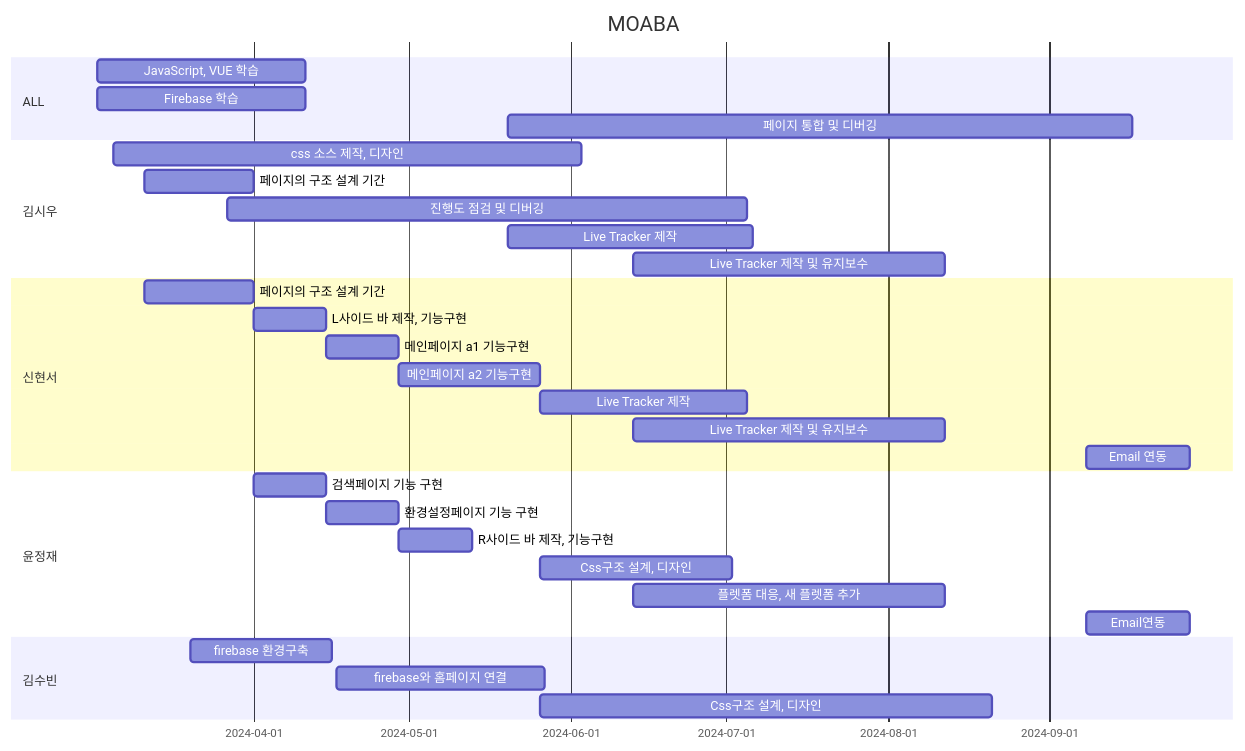
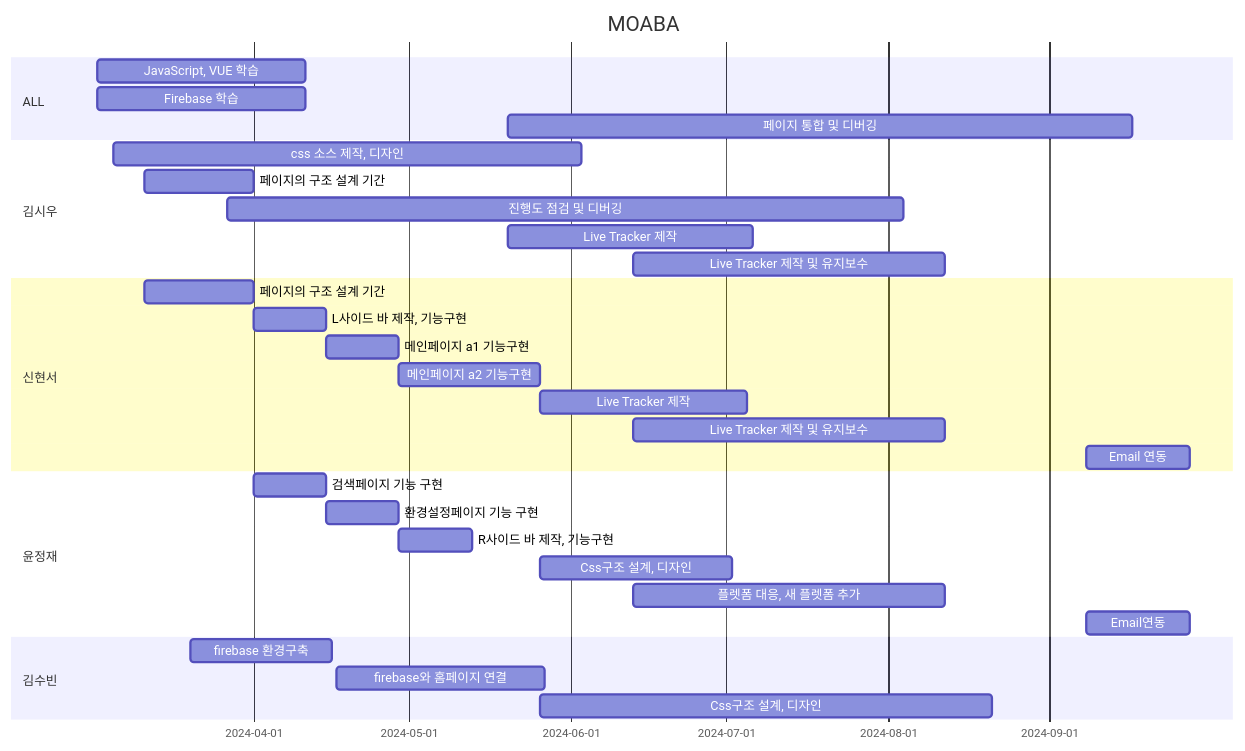
The diagram in README.md (kimsiwoo12/kimsiwoo12), drawn with Mermaid before and after one commit.

````diff
--- a/README.md
+++ b/README.md
@@ -8,39 +8,39 @@
 ```mermaid
 gantt
     title MOABA
     dateFormat  YYYY-MM-DD
 
     section ALL
     JavaScript, VUE 학습     :a1, 2024-03-02, 40d
     Firebase 학습            :a2, 2024-03-02, 40d
     페이지 통합 및 디버깅    :a3, 2024-05-20, 120d
 
     section 김시우
     css 소스 제작, 디자인    :a1, 2024-03-05, 90d
     페이지의 구조 설계 기간  :a2, 2024-03-11, 21d
-    진행도 점검 및 디버깅    :a3, 2024-03-27, 100d
+    진행도 점검 및 디버깅    :a3, 2024-03-27, 130d
     Live Tracker 제작        :a4, 2024-05-20, 47d
     Live Tracker 제작 및 유지보수 :a5, 2024-06-13, 60d
 
     section 신현서
     페이지의 구조 설계 기간     :a1, 2024-03-11, 21d
     L사이드 바 제작, 기능구현   :a2, 2024-04-01, 14d
     메인페이지 a1 기능구현      :a3, 2024-04-15, 14d
     메인페이지 a2 기능구현      :a4, 2024-04-29, 27d
     Live Tracker 제작           :a5, 2024-05-26, 40d
     Live Tracker 제작 및 유지보수 :a6, 2024-06-13, 60d
     Email 연동                  :a7, 2024-09-08, 20d
 
     section 윤정재
     검색페이지 기능 구현          :a1, 2024-04-01, 14d
     환경설정페이지 기능 구현      :a2, 2024-04-15, 14d
     R사이드 바 제작, 기능구현     :a3, 2024-04-29, 14d
     Css구조 설계, 디자인          :a4, 2024-05-26, 37d
     플렛폼 대응, 새 플렛폼 추가    :a5, 2024-06-13, 60d
     Email연동                    :a6, 2024-09-08, 20d
 
     section 김수빈
     firebase 환경구축        :a1, 2024-03-20, 27d
     firebase와 홈페이지 연결 :a2, 2024-04-17, 40d
     Css구조 설계, 디자인     :a3, 2024-05-26, 87d
 ```
````
